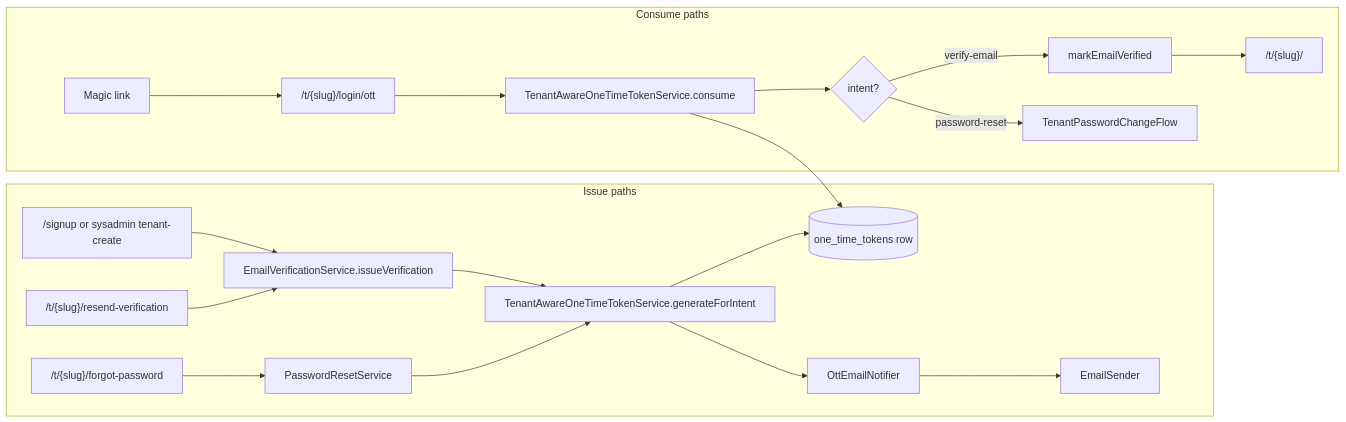
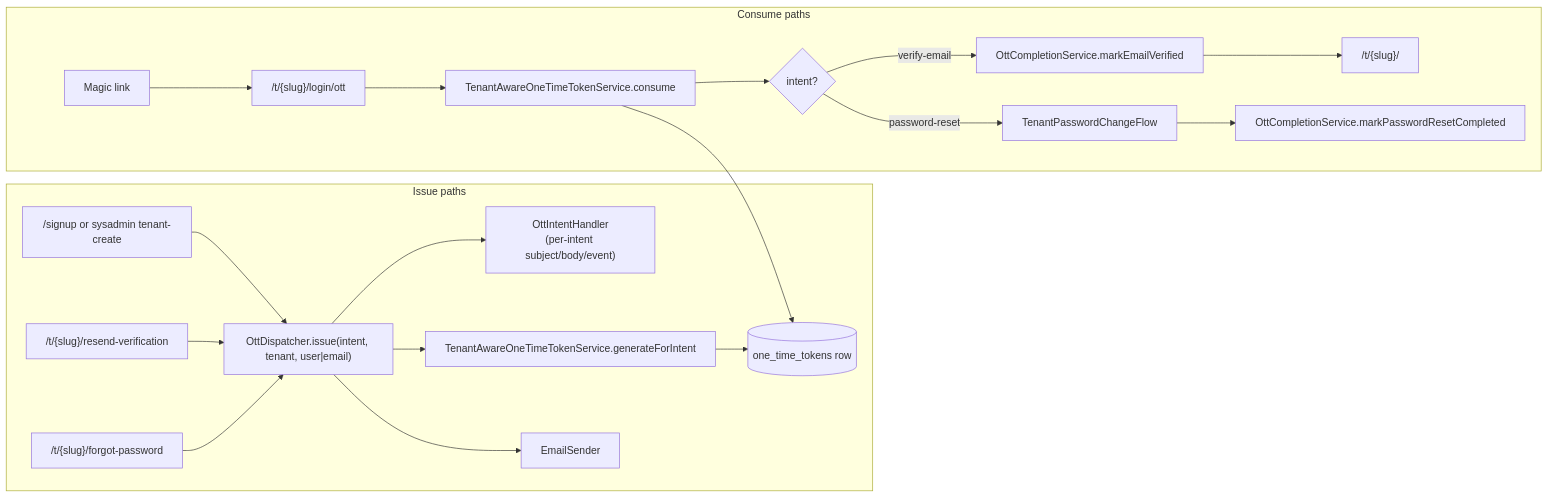
Before and after one commit to stucray/limen: the sixth of 8 diagrams in docs/reference/architecture.md, drawn with Mermaid. The commit also changed other lines of this file and 26 other files, not shown here.

First line of the commit message:
refactor: collapse OTT issue paths into OttDispatcher + per-intent handler beans (#182) (#185)

````diff
--- a/docs/reference/architecture.md
+++ b/docs/reference/architecture.md
@@ -340,21 +340,21 @@
 ```mermaid
 flowchart LR
     subgraph "Issue paths"
-      SU["/signup or sysadmin tenant-create"] --> EVS[EmailVerificationService.issueVerification]
-      RV["/t/{slug}/resend-verification"] --> EVS
-      FP["/t/{slug}/forgot-password"] --> PRS[PasswordResetService]
-      EVS --> SVC[TenantAwareOneTimeTokenService.generateForIntent]
-      PRS --> SVC
+      SU["/signup or sysadmin tenant-create"] --> DISP["OttDispatcher.issue(intent, tenant, user|email)"]
+      RV["/t/{slug}/resend-verification"] --> DISP
+      FP["/t/{slug}/forgot-password"] --> DISP
+      DISP --> H["OttIntentHandler<br/>(per-intent subject/body/event)"]
+      DISP --> SVC[TenantAwareOneTimeTokenService.generateForIntent]
       SVC --> ROW[(one_time_tokens row)]
-      SVC --> NOT[OttEmailNotifier]
-      NOT --> ES[EmailSender]
+      DISP --> ES[EmailSender]
     end
     subgraph "Consume paths"
       LINK[Magic link] --> SUB["/t/{slug}/login/ott"]
       SUB --> CON[TenantAwareOneTimeTokenService.consume]
       CON --> ROW
       CON --> CHECK{intent?}
-      CHECK -->|verify-email| MV[markEmailVerified] --> HOME["/t/{slug}/"]
+      CHECK -->|verify-email| MV[OttCompletionService.markEmailVerified] --> HOME["/t/{slug}/"]
       CHECK -->|password-reset| TPCF[TenantPasswordChangeFlow]
+      TPCF --> RC[OttCompletionService.markPasswordResetCompleted]
     end
 ```
````
